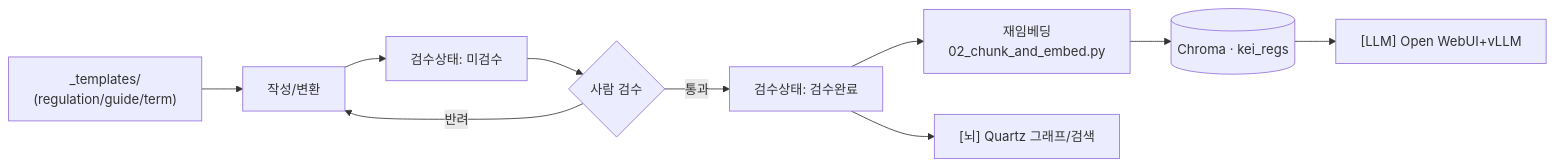
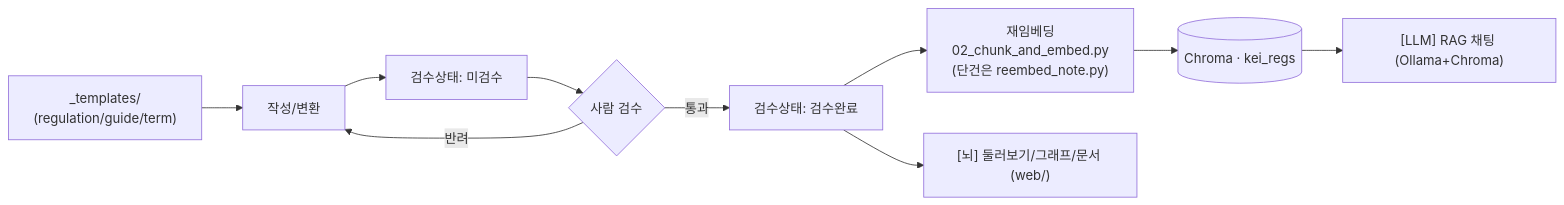
Before and after one commit to mooner92/KEIAdminSuperv: the second of 2 diagrams in docs/09-contributing.md, drawn with Mermaid. The commit also changed other lines of this file and 13 other files, not shown here.

````diff
--- a/docs/09-contributing.md
+++ b/docs/09-contributing.md
@@ -143,12 +144,12 @@
 ```mermaid
 flowchart LR
     T["_templates/<br/>(regulation/guide/term)"] --> W[작성/변환]
     W --> S1["검수상태: 미검수"]
     S1 --> R{사람 검수}
     R -->|반려| W
     R -->|통과| S2["검수상태: 검수완료"]
-    S2 --> E["재임베딩<br/>02_chunk_and_embed.py"]
+    S2 --> E["재임베딩<br/>02_chunk_and_embed.py<br/>(단건은 reembed_note.py)"]
     E --> KB[(Chroma · kei_regs)]
-    KB --> LLM["[LLM] Open WebUI+vLLM"]
-    S2 --> 뇌["[뇌] Quartz 그래프/검색"]
+    KB --> LLM["[LLM] RAG 채팅 (Ollama+Chroma)"]
+    S2 --> 뇌["[뇌] 둘러보기/그래프/문서 (web/)"]
 ```
````
